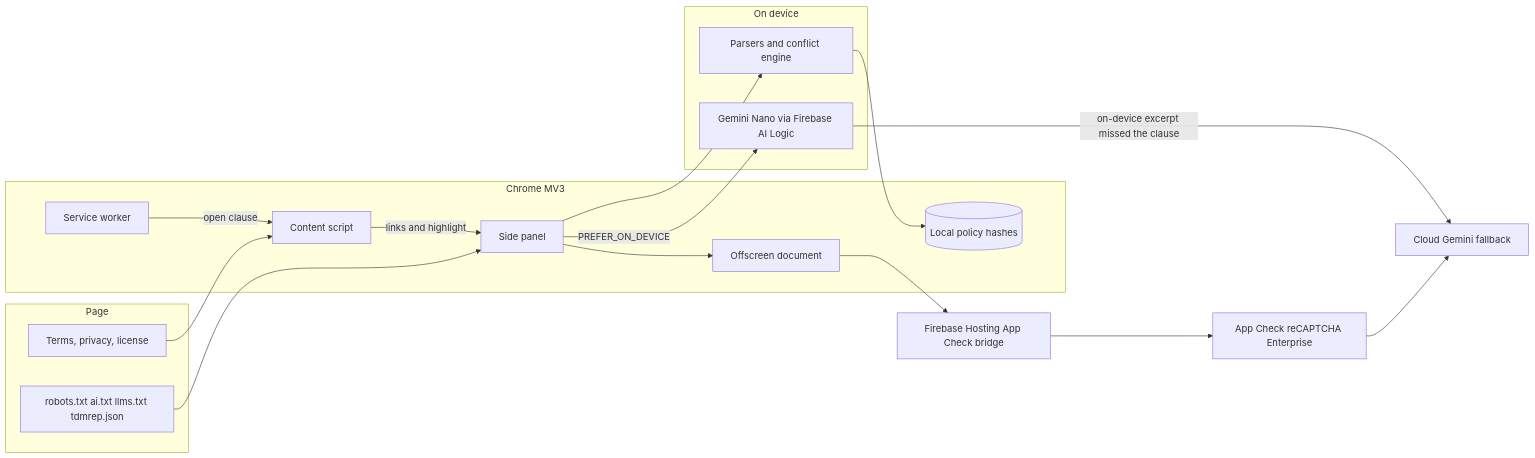
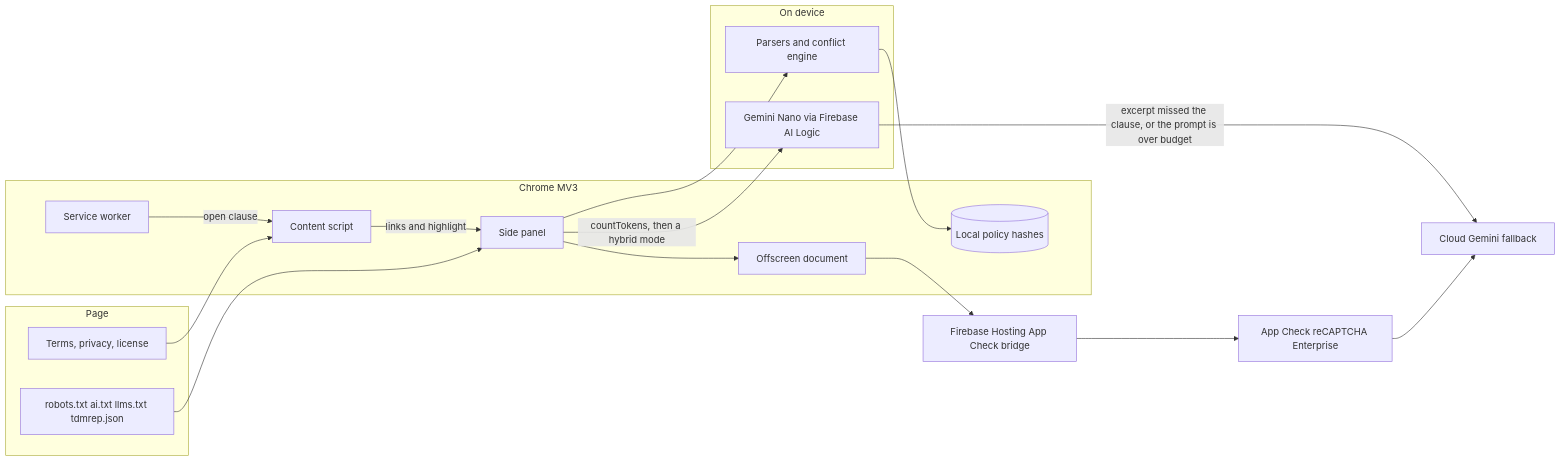
One commit to LevelUpWorldHub/mayi-extension changed the diagram in README.md. Above: the diagram before and after it, drawn with Mermaid. The commit also changed other lines of this file and 5 other files, not shown here.

````diff
--- a/README.md
+++ b/README.md
@@ -26,37 +34,37 @@
 ```mermaid
 flowchart LR
   subgraph page [Page]
     HTML[Terms, privacy, license]
     Files[robots.txt ai.txt llms.txt tdmrep.json]
   end
 
   subgraph extension [Chrome MV3]
     CS[Content script]
     SW[Service worker]
     Panel[Side panel]
     Off[Offscreen document]
     Store[(Local policy hashes)]
   end
 
   subgraph device [On device]
     Parse[Parsers and conflict engine]
     Nano[Gemini Nano via Firebase AI Logic]
   end
 
   Cloud[Cloud Gemini fallback]
   Bridge[Firebase Hosting App Check bridge]
   Check[App Check reCAPTCHA Enterprise]
 
   HTML --> CS
   CS -->|links and highlight| Panel
   Files --> Panel
   Panel --> Parse
   Parse --> Store
-  Panel -->|PREFER_ON_DEVICE| Nano
-  Nano -->|on-device excerpt missed the clause| Cloud
+  Panel -->|countTokens, then a hybrid mode| Nano
+  Nano -->|excerpt missed the clause, or the prompt is over budget| Cloud
   Panel --> Off
   Off --> Bridge
   Bridge --> Check
   Check --> Cloud
   SW -->|open clause| CS
 ```
````
